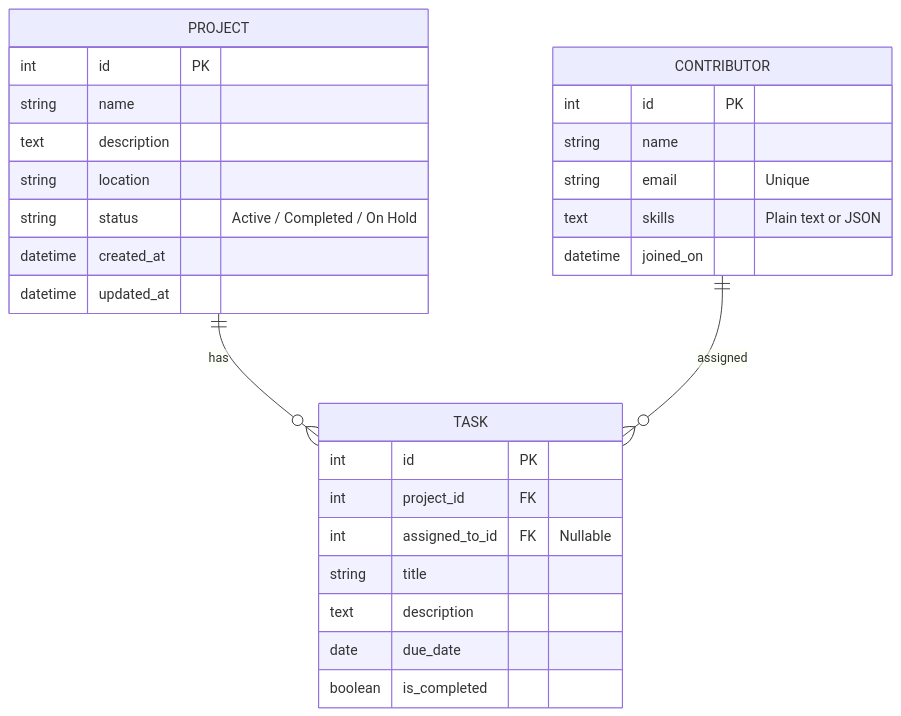
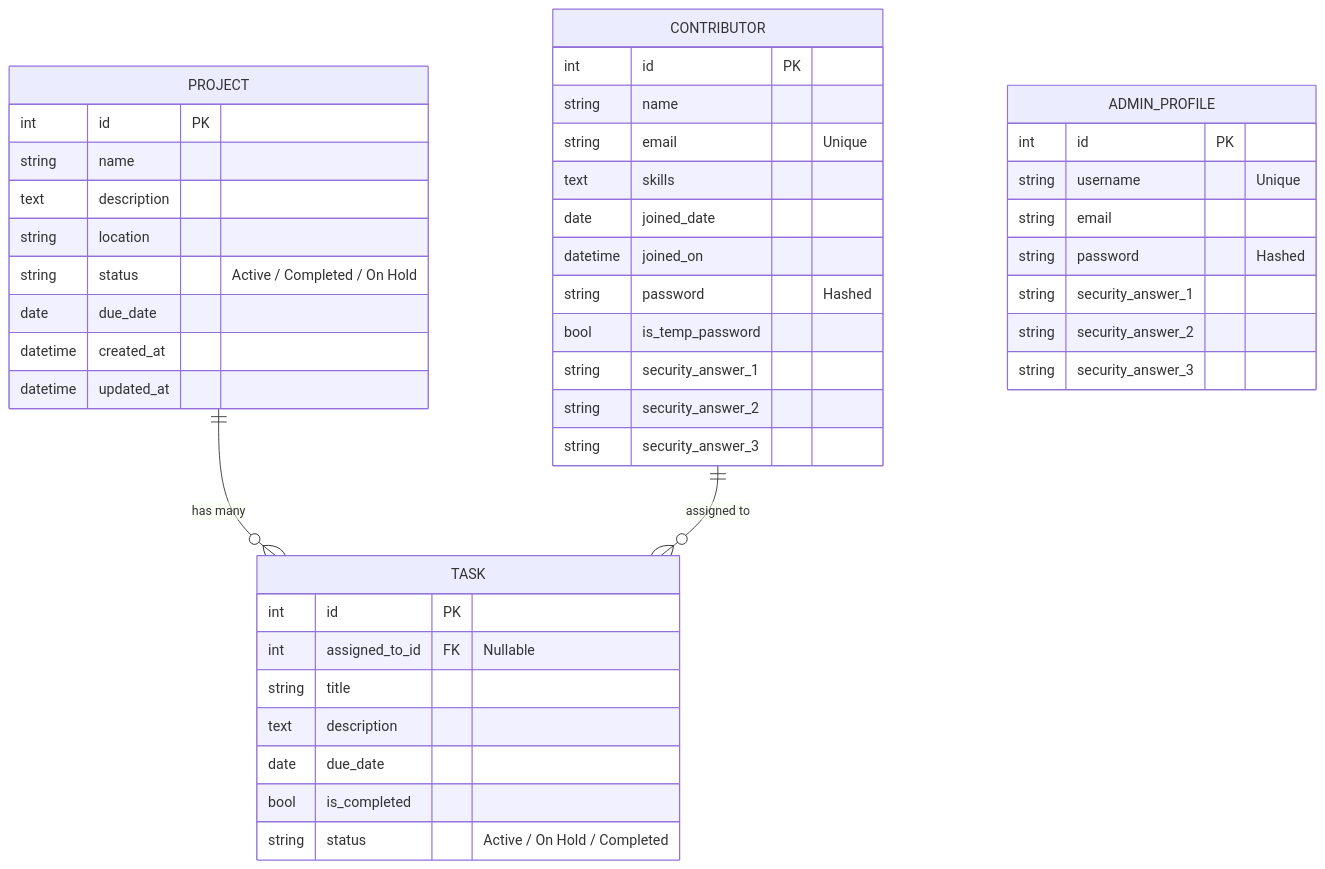
The diagram in README.md (harish-jiji/sustainability-projects-tracker-api), drawn with Mermaid before and after one commit. The commit also changed other lines of this file, not shown here.

````diff
--- a/README.md
+++ b/README.md
@@ -31,31 +36,47 @@
 ```mermaid
 erDiagram
     PROJECT {
         int id PK
         string name
         text description
         string location
         string status "Active / Completed / On Hold"
+        date due_date
         datetime created_at
         datetime updated_at
     }
     CONTRIBUTOR {
         int id PK
         string name
         string email "Unique"
-        text skills "Plain text or JSON"
+        text skills
+        date joined_date
         datetime joined_on
+        string password "Hashed"
+        bool is_temp_password
+        string security_answer_1
+        string security_answer_2
+        string security_answer_3
     }
     TASK {
         int id PK
-        int project_id FK
         int assigned_to_id FK "Nullable"
         string title
         text description
         date due_date
-        boolean is_completed
+        bool is_completed
+        string status "Active / On Hold / Completed"
+    }
+    ADMIN_PROFILE {
+        int id PK
+        string username "Unique"
+        string email
+        string password "Hashed"
+        string security_answer_1
+        string security_answer_2
+        string security_answer_3
     }
 
-    PROJECT ||--o{ TASK : "has"
-    CONTRIBUTOR ||--o{ TASK : "assigned"
+    PROJECT ||--o{ TASK : "has many"
+    CONTRIBUTOR ||--o{ TASK : "assigned to"
 ```
````
